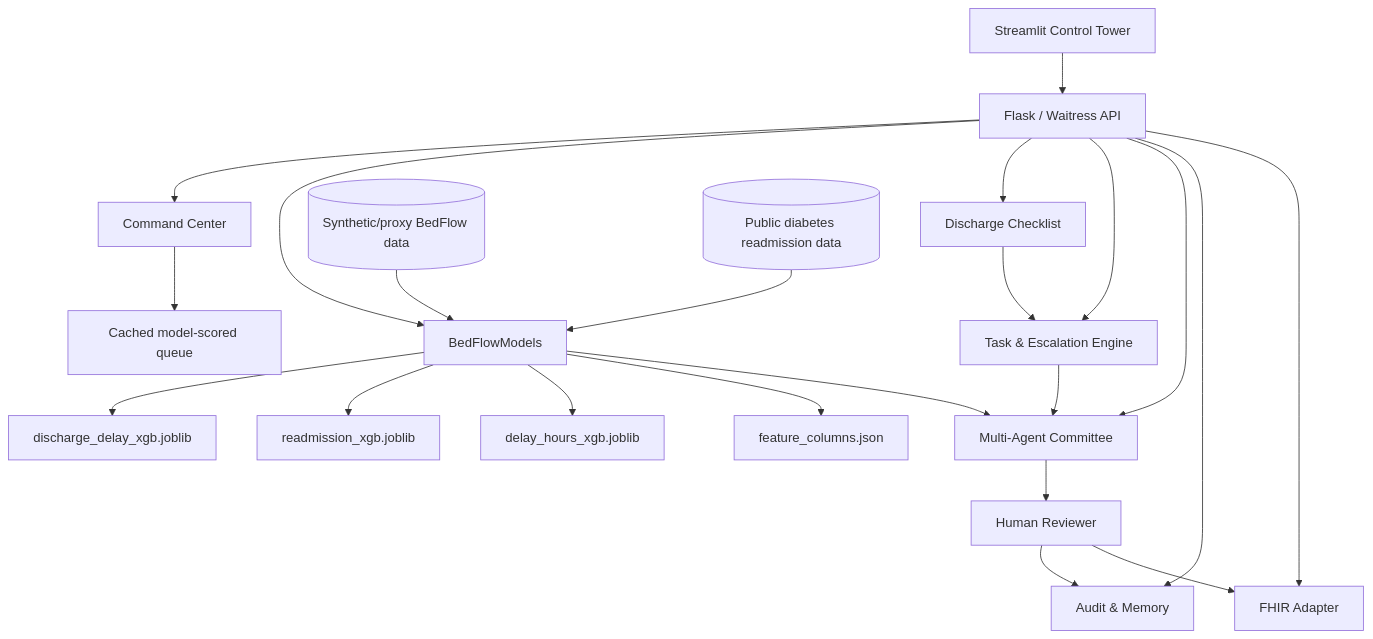
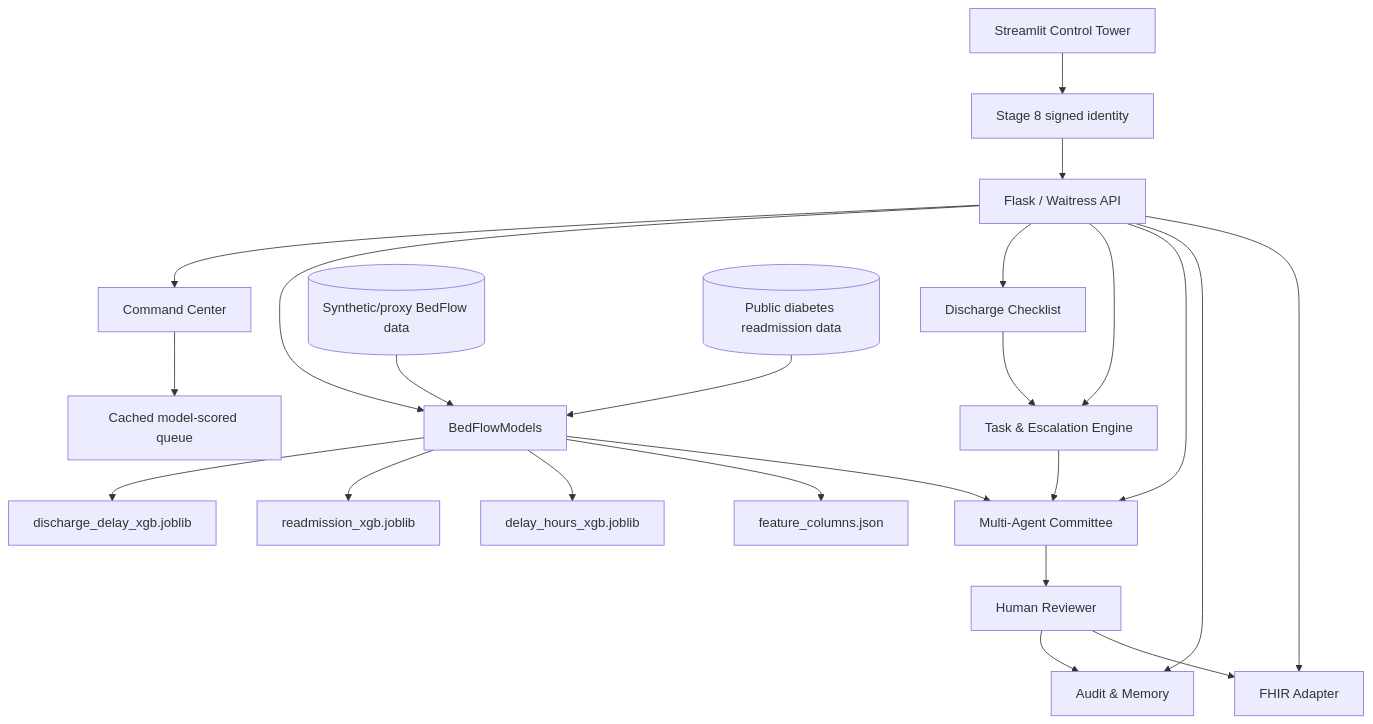
Before and after one commit to draculess99/BedFlow_AI: the second of 4 diagrams in README.md, drawn with Mermaid. The commit also changed other lines of this file and 23 other files, not shown here.

````diff
--- a/README.md
+++ b/README.md
@@ -84,28 +114,29 @@
 ```mermaid
 flowchart TB
-    U[Streamlit Control Tower] --> API[Flask / Waitress API]
+    U[Streamlit Control Tower] --> AUTH[Stage 8 signed identity]
+    AUTH --> API[Flask / Waitress API]
 
     API --> CC[Command Center]
     API --> ML[BedFlowModels]
     API --> CL[Discharge Checklist]
     API --> T[Task & Escalation Engine]
     API --> AG[Multi-Agent Committee]
     API --> AU[Audit & Memory]
     API --> FH[FHIR Adapter]
 
     ML --> A1[discharge_delay_xgb.joblib]
     ML --> A2[readmission_xgb.joblib]
     ML --> A3[delay_hours_xgb.joblib]
     ML --> FC[feature_columns.json]
 
     CC --> Q[Cached model-scored queue]
     CL --> T
     ML --> AG
     T --> AG
     AG --> HR[Human Reviewer]
     HR --> AU
     HR --> FH
 
     D1[(Synthetic/proxy BedFlow data)] --> ML
     D2[(Public diabetes readmission data)] --> ML
 ```
````
